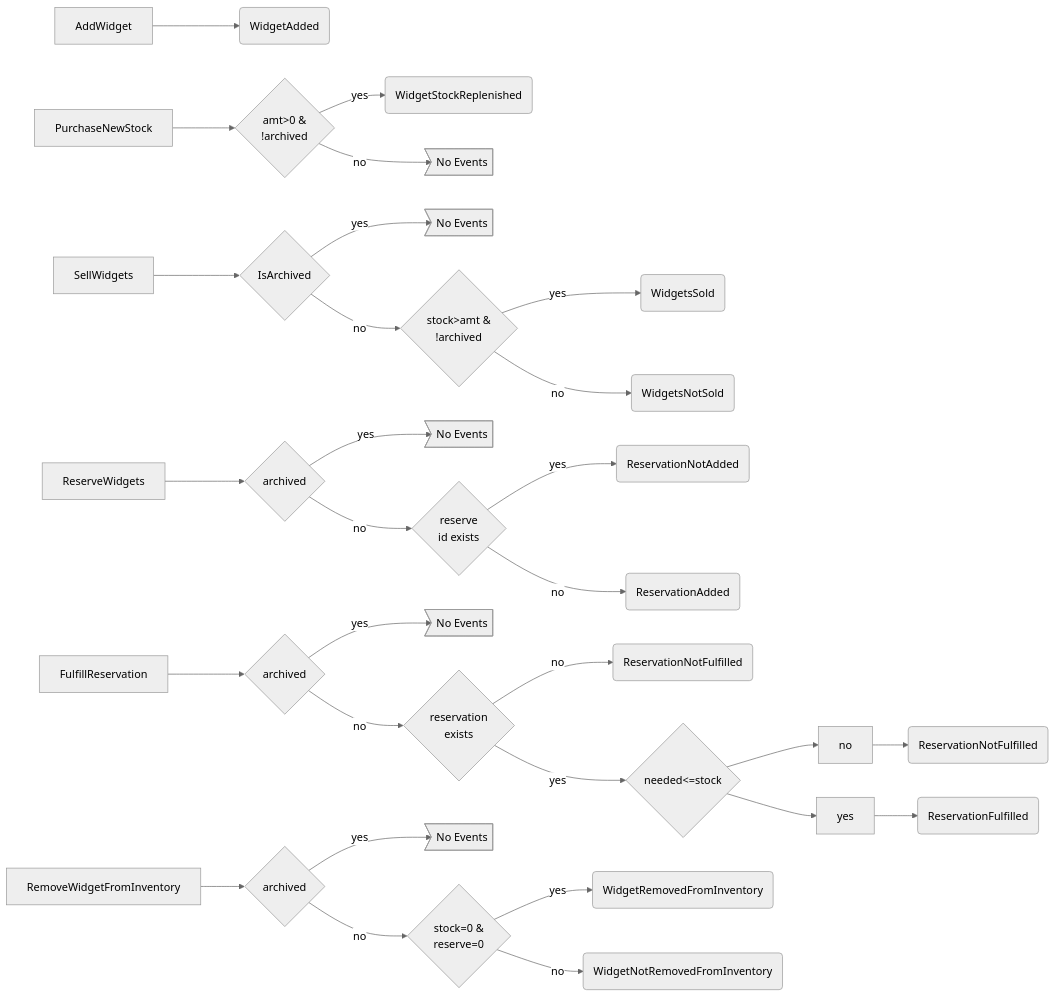
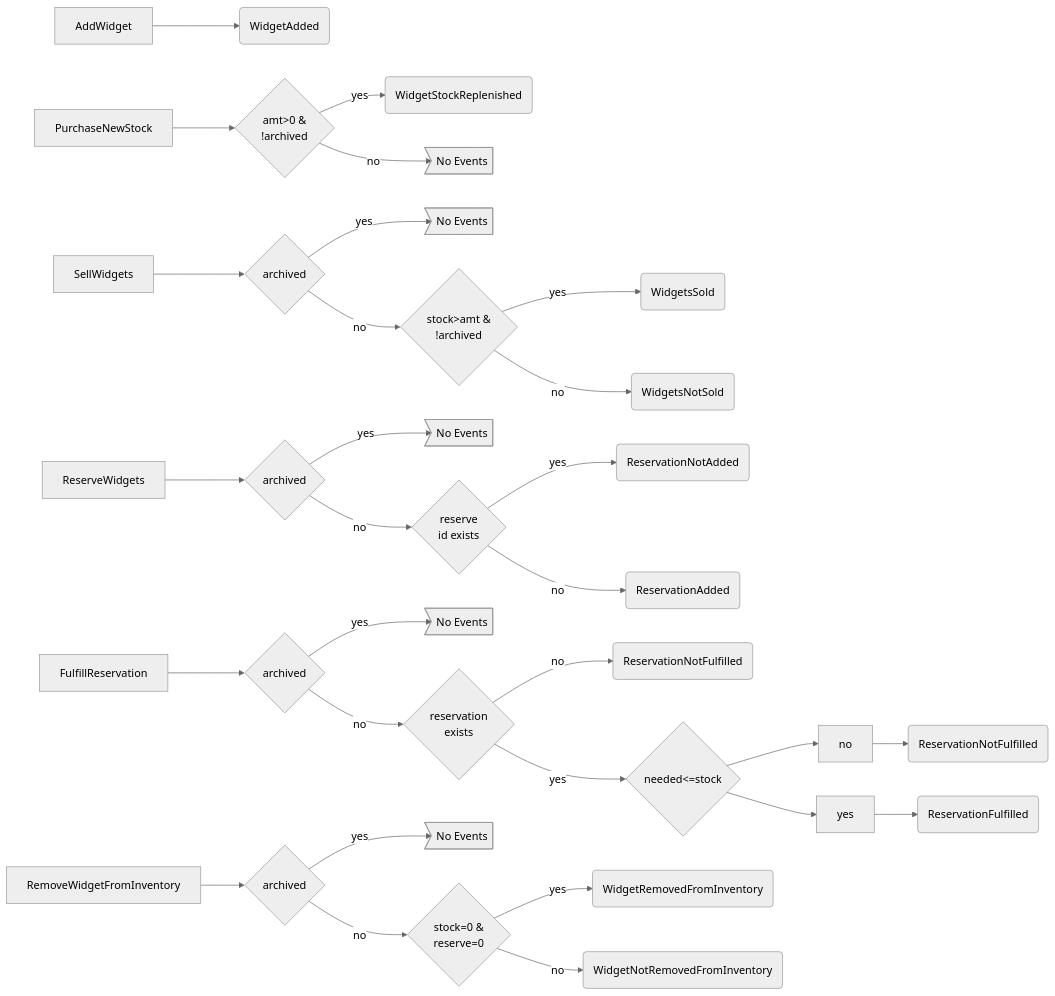
One commit to flew2bits/Shell changed the first of 2 diagrams in Shell/Widget/ReadMe.md. Above: the diagram before and after it, drawn with Mermaid (neutral theme).

Commit message:
consistency

````diff
--- a/Shell/Widget/ReadMe.md
+++ b/Shell/Widget/ReadMe.md
@@ -130,34 +130,34 @@
 ```mermaid
 flowchart LR
 A1[AddWidget] --> B1(WidgetAdded)
 
 A2[PurchaseNewStock] --> B2{amt>0 &\n!archived}
 B2 -- yes --> C2(WidgetStockReplenished)
 B2 -- no --> D2>No Events]
 
-A3[SellWidgets] --> E3{IsArchived}
+A3[SellWidgets] --> E3{archived}
 E3 -- yes --> F3>No Events]
 E3 -- no --> B3{stock>amt &\n!archived}
 B3 -- yes --> C3(WidgetsSold)
 B3 -- no --> D3(WidgetsNotSold)
 
 A4[ReserveWidgets] --> B4{archived}
 B4 -- yes --> C4>No Events]
 B4 -- no --> D4{reserve\nid exists}
 D4 -- yes --> E4(ReservationNotAdded)
 D4 -- no --> F4(ReservationAdded)
 
 A5[FulfillReservation] --> B5{archived}
 B5 -- yes --> C5>No Events]
 B5 -- no --> D5{reservation\nexists}
 D5 -- no --> E5(ReservationNotFulfilled)
 D5 -- yes --> F5{needed<=stock}
 F5 --> no --> G5(ReservationNotFulfilled)
 F5 --> yes --> H5(ReservationFulfilled)
 
 A6[RemoveWidgetFromInventory] --> B6{archived}
 B6 -- yes --> C6>No Events]
 B6 -- no --> D6{stock=0 &\nreserve=0}
 D6 -- yes --> E6(WidgetRemovedFromInventory)
 D6 -- no --> F6(WidgetNotRemovedFromInventory)
 ```
````
